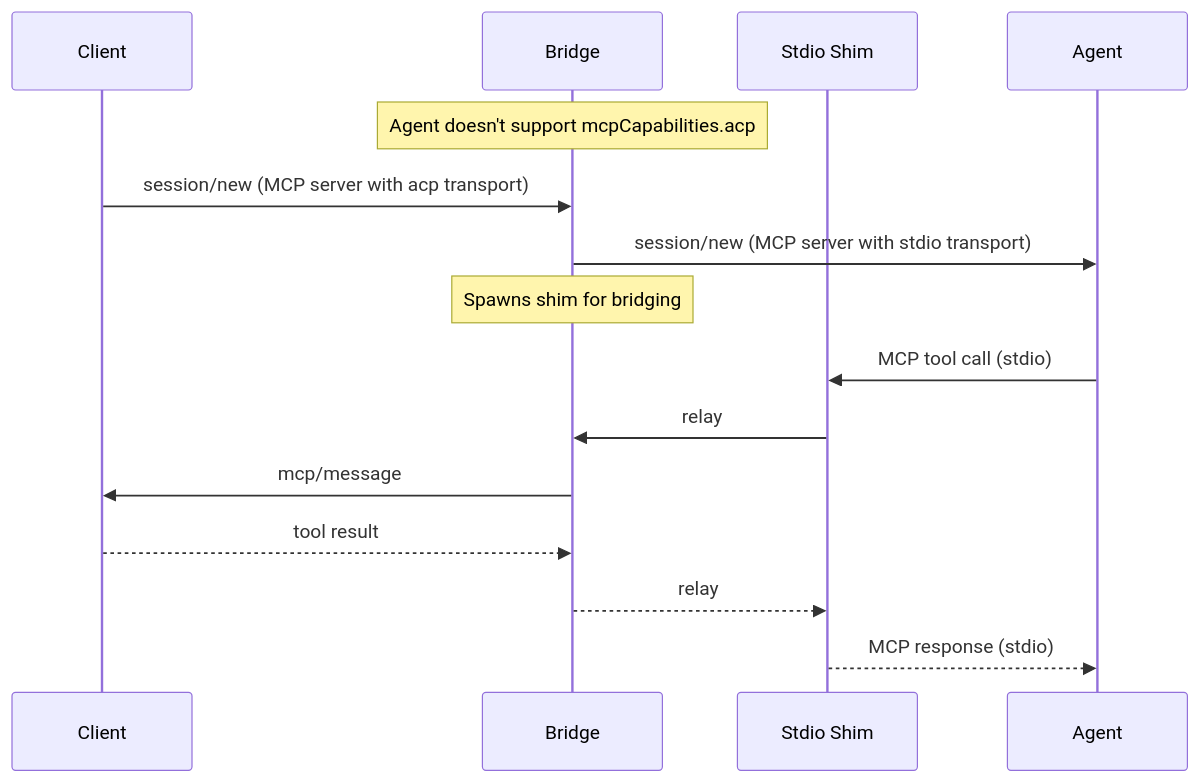
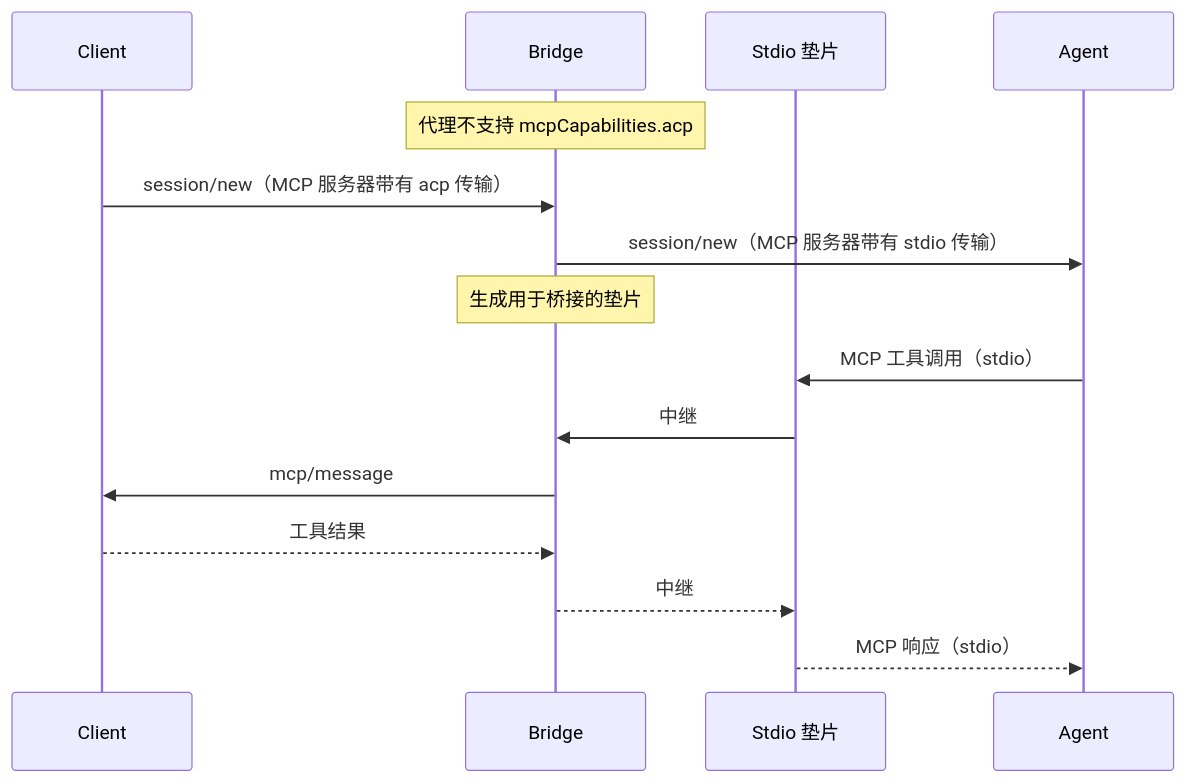
One commit to cxykevin/acp-docs-cn changed the second of 2 diagrams in rfds/mcp-over-acp.mdx. Above: the diagram before and after it, drawn with Mermaid. The commit also changed other lines of this file and 15 other files, not shown here.

````diff
--- a/rfds/mcp-over-acp.mdx
+++ b/rfds/mcp-over-acp.mdx
@@ -233,19 +233,19 @@
 ```mermaid
 sequenceDiagram
     participant Client
     participant Bridge
-    participant Shim as Stdio Shim
+    participant Shim as Stdio 垫片
     participant Agent
 
-    Note over Bridge: Agent doesn't support mcpCapabilities.acp
-    Client->>Bridge: session/new (MCP server with acp transport)
-    Bridge->>Agent: session/new (MCP server with stdio transport)
-    Note over Bridge: Spawns shim for bridging
+    Note over Bridge: 代理不支持 mcpCapabilities.acp
+    Client->>Bridge: session/new（MCP 服务器带有 acp 传输）
+    Bridge->>Agent: session/new（MCP 服务器带有 stdio 传输）
+    Note over Bridge: 生成用于桥接的垫片
 
-    Agent->>Shim: MCP tool call (stdio)
-    Shim->>Bridge: relay
+    Agent->>Shim: MCP 工具调用（stdio）
+    Shim->>Bridge: 中继
     Bridge->>Client: mcp/message
-    Client-->>Bridge: tool result
-    Bridge-->>Shim: relay
-    Shim-->>Agent: MCP response (stdio)
+    Client-->>Bridge: 工具结果
+    Bridge-->>Shim: 中继
+    Shim-->>Agent: MCP 响应（stdio）
 ```
````
